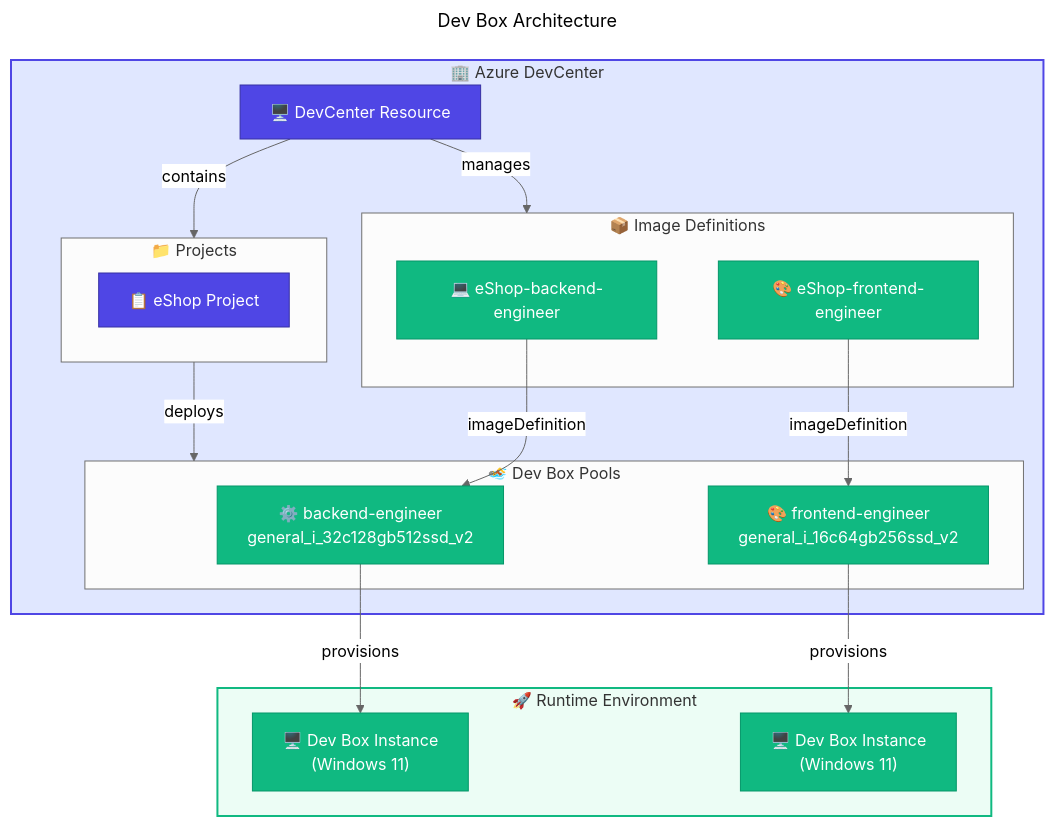
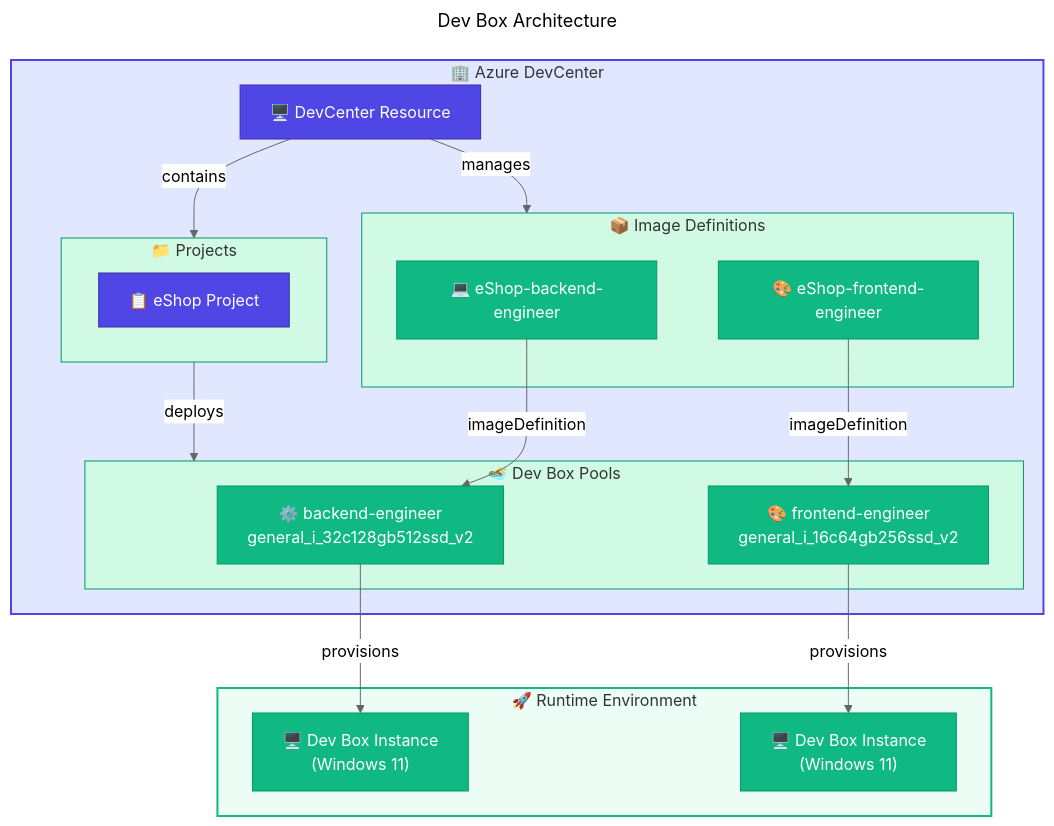
Before and after one commit to Evilazaro/DevExp-DevBox: the fifth of 9 diagrams in docs/architecture/04-technology-architecture.md, drawn with Mermaid (neutral theme). The commit also changed other lines of this file and 3 other files, not shown here.

Commit message:
Enhance flowchart styles in architecture documentation for improved visual clarity and consistency across business, data, technology, and security sections.

````diff
--- a/docs/architecture/04-technology-architecture.md
+++ b/docs/architecture/04-technology-architecture.md
@@ -468,53 +472,56 @@
 ```mermaid
 ---
 title: Dev Box Architecture
 ---
 flowchart TB
     %% ===== DEVCENTER =====
     subgraph DevCenter["🏢 Azure DevCenter"]
         DC["🖥️ DevCenter Resource"]
         
         %% ===== IMAGES =====
         subgraph Images["📦 Image Definitions"]
             IMG1["💻 eShop-backend-engineer"]
             IMG2["🎨 eShop-frontend-engineer"]
         end
         
         %% ===== PROJECTS =====
         subgraph Projects["📁 Projects"]
             PROJ["📋 eShop Project"]
         end
         
         %% ===== POOLS =====
         subgraph Pools["🏊 Dev Box Pools"]
             P1["⚙️ backend-engineer<br/>general_i_32c128gb512ssd_v2"]
             P2["🎨 frontend-engineer<br/>general_i_16c64gb256ssd_v2"]
         end
     end
     
     %% ===== RUNTIME =====
     subgraph Runtime["🚀 Runtime Environment"]
         DB1["🖥️ Dev Box Instance<br/>(Windows 11)"]
         DB2["🖥️ Dev Box Instance<br/>(Windows 11)"]
     end
     
     %% ===== CONNECTIONS =====
     DC -->|manages| Images
     DC -->|contains| Projects
     Projects -->|deploys| Pools
     P1 -->|provisions| DB1
     P2 -->|provisions| DB2
     
     IMG1 -->|imageDefinition| P1
     IMG2 -->|imageDefinition| P2
     
     %% ===== STYLES =====
     classDef primary fill:#4F46E5,stroke:#3730A3,color:#FFFFFF
     classDef secondary fill:#10B981,stroke:#059669,color:#FFFFFF
     
     class DC,PROJ primary
     class IMG1,IMG2,P1,P2,DB1,DB2 secondary
     
     style DevCenter fill:#E0E7FF,stroke:#4F46E5,stroke-width:2px
     style Runtime fill:#ECFDF5,stroke:#10B981,stroke-width:2px
+    style Images fill:#D1FAE5,stroke:#059669,stroke-width:1px
+    style Projects fill:#D1FAE5,stroke:#059669,stroke-width:1px
+    style Pools fill:#D1FAE5,stroke:#059669,stroke-width:1px
 ```
````
